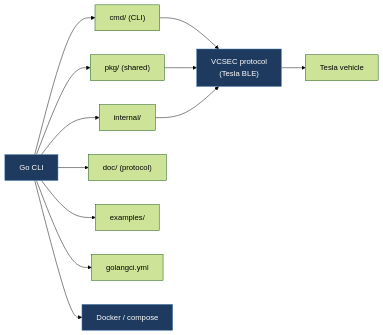
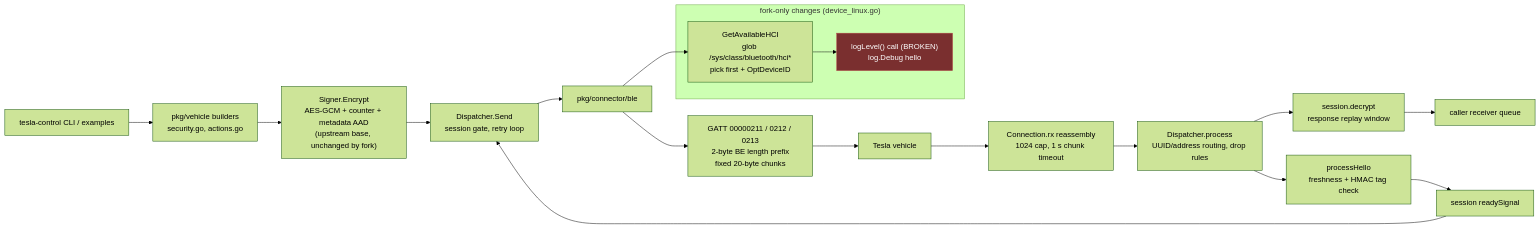
The first of 3 diagrams in docs/legacy/tesla-local-control-vehicle-command.md (babico/TeslaCANModder), drawn with Mermaid (forest theme) before and after one commit. The commit also changed other lines of this file and 99 other files, not shown here.

````diff
--- a/docs/legacy/tesla-local-control-vehicle-command.md
+++ b/docs/legacy/tesla-local-control-vehicle-command.md
@@ -14,14 +86,22 @@
 ```mermaid
 flowchart LR
-    Go["Go CLI"] --> Cmd["cmd/ (CLI)"]
-    Go --> Pkg["pkg/ (shared)"]
-    Go --> Internal["internal/"]
-    Go --> Doc["doc/ (protocol)"]
-    Go --> Examples["examples/"]
-    Go --> Lint["golangci.yml"]
-    Cmd & Pkg & Internal --> VCSEC["VCSEC protocol<br/>(Tesla BLE)"]
-    VCSEC --> Tesla["Tesla vehicle"]
-    Go --> Docker["Docker / compose"]
-    classDef path fill:#1e3a5f,stroke:#4a7fb5,color:#fff
-    class Go,VCSEC,Docker path
+    CLI["tesla-control CLI / examples"] --> Build["pkg/vehicle builders<br/>security.go, actions.go"]
+    Build --> Sign["Signer.Encrypt<br/>AES-GCM + counter + metadata AAD<br/>(upstream base, unchanged by fork)"]
+    Sign --> Disp["Dispatcher.Send<br/>session gate, retry loop"]
+    Disp --> BLE["pkg/connector/ble"]
+    subgraph ForkDelta["fork-only changes (device_linux.go)"]
+        HCI["GetAvailableHCI<br/>glob /sys/class/bluetooth/hci*<br/>pick first + OptDeviceID"] --> Debris["logLevel() call (BROKEN)<br/>log.Debug hello"]
+    end
+    BLE --> HCI
+    BLE --> GATT["GATT 00000211 / 0212 / 0213<br/>2-byte BE length prefix<br/>fixed 20-byte chunks"]
+    GATT --> Vehicle["Tesla vehicle"]
+    Vehicle --> RX["Connection.rx reassembly<br/>1024 cap, 1 s chunk timeout"]
+    RX --> Route["Dispatcher.process<br/>UUID/address routing, drop rules"]
+    Route --> Ver["session.decrypt<br/>response replay window"]
+    Ver --> Caller["caller receiver queue"]
+    Route --> Hello["processHello<br/>freshness + HMAC tag check"]
+    Hello --> Ready["session readySignal"]
+    Ready --> Disp
+    classDef broken fill:#7a2f2f,stroke:#b54848,color:#fff
+    class Debris broken
 ```
````
